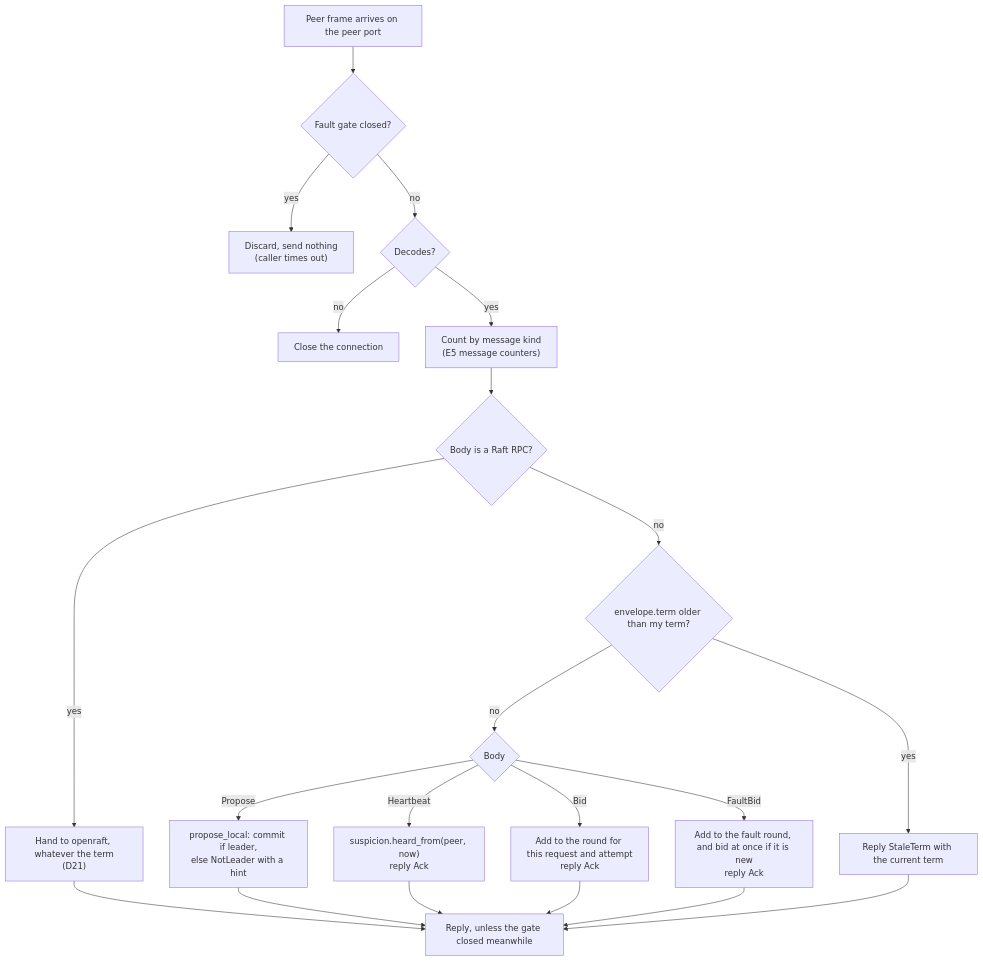
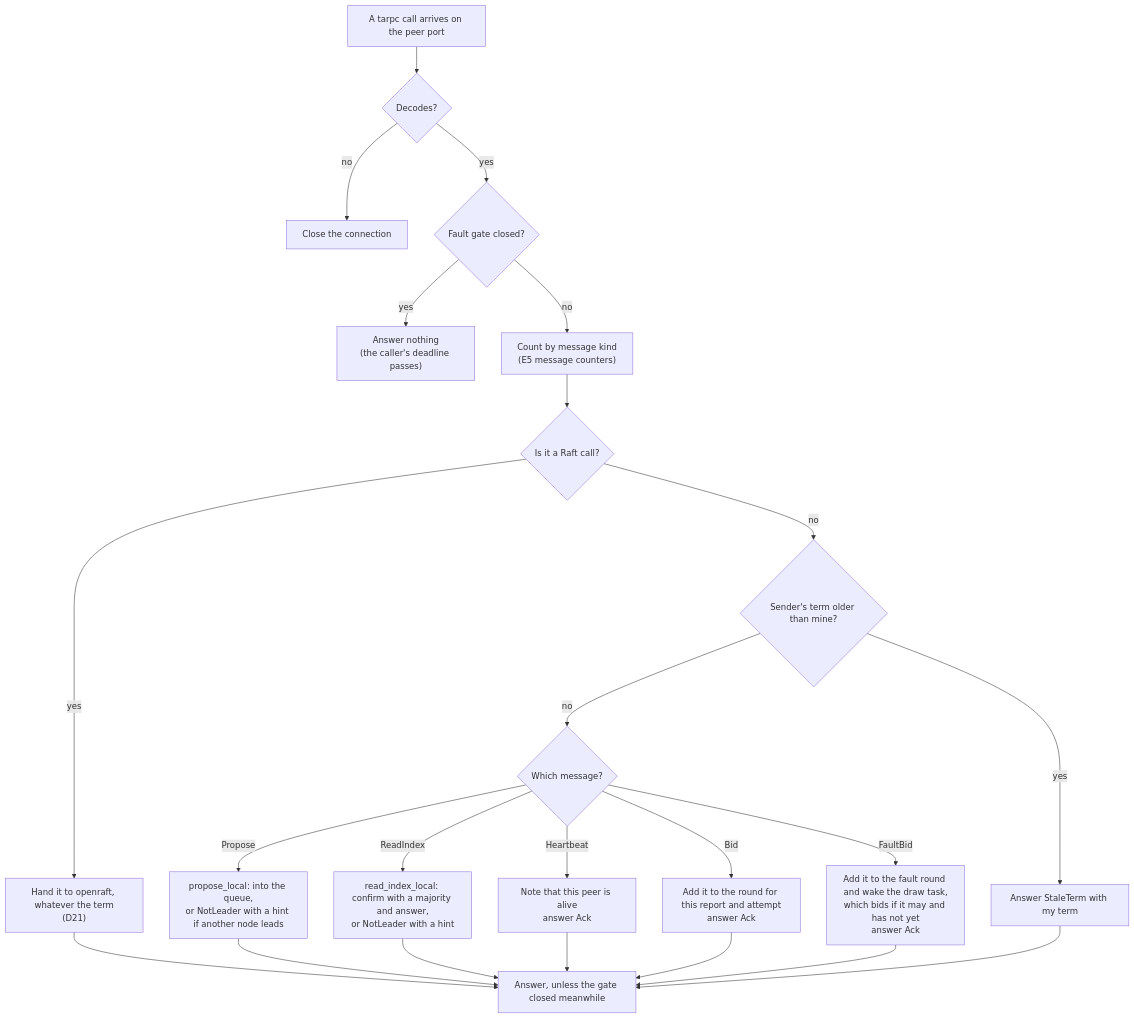
Before and after one commit to noortaytoy1/DistributedSystems: the tenth of 48 diagrams in docs/architecture.md, drawn with Mermaid. The commit also changed other lines of this file and 2 other files, not shown here.

First line of the commit message:
Apply the diagram review to the architecture docs (D231)

````diff
--- a/docs/architecture.md
+++ b/docs/architecture.md
@@ -583,23 +645,25 @@
 ```mermaid
 flowchart TD
-    IN["Peer frame arrives on the peer port"] --> G{"Fault gate closed?"}
-    G -->|"yes"| DROP["Discard, send nothing<br/>(caller times out)"]
-    G -->|"no"| DEC{"Decodes?"}
+    IN["A tarpc call arrives on the peer port"] --> DEC{"Decodes?"}
     DEC -->|"no"| CLOSE["Close the connection"]
-    DEC -->|"yes"| COUNT["Count by message kind<br/>(E5 message counters)"]
-    COUNT --> RAFTQ{"Body is a Raft RPC?"}
-    RAFTQ -->|"yes"| OR["Hand to openraft, whatever the term<br/>(D21)"]
-    RAFTQ -->|"no"| TERM{"envelope.term older than my term?"}
-    TERM -->|"yes"| STALE["Reply StaleTerm with the current term"]
-    TERM -->|"no"| KIND{"Body"}
-    KIND -->|"Propose"| PL["propose_local: commit if leader,<br/>else NotLeader with a hint"]
-    KIND -->|"Heartbeat"| HB["suspicion.heard_from(peer, now)<br/>reply Ack"]
-    KIND -->|"Bid"| BID["Add to the round for this request and attempt<br/>reply Ack"]
-    KIND -->|"FaultBid"| FB["Add to the fault round, and bid at once if it is new<br/>reply Ack"]
-    OR --> REPLY["Reply, unless the gate closed meanwhile"]
+    DEC -->|"yes"| G{"Fault gate closed?"}
+    G -->|"yes"| DROP["Answer nothing<br/>(the caller's deadline passes)"]
+    G -->|"no"| COUNT["Count by message kind<br/>(E5 message counters)"]
+    COUNT --> RAFTQ{"Is it a Raft call?"}
+    RAFTQ -->|"yes"| OR["Hand it to openraft, whatever the term<br/>(D21)"]
+    RAFTQ -->|"no"| TERM{"Sender's term older than mine?"}
+    TERM -->|"yes"| STALE["Answer StaleTerm with my term"]
+    TERM -->|"no"| KIND{"Which message?"}
+    KIND -->|"Propose"| PL["propose_local: into the queue,<br/>or NotLeader with a hint if another node leads"]
+    KIND -->|"ReadIndex"| RI["read_index_local: confirm with a majority and answer,<br/>or NotLeader with a hint"]
+    KIND -->|"Heartbeat"| HB["Note that this peer is alive<br/>answer Ack"]
+    KIND -->|"Bid"| BID["Add it to the round for this report and attempt<br/>answer Ack"]
+    KIND -->|"FaultBid"| FB["Add it to the fault round and wake the draw task,<br/>which bids if it may and has not yet<br/>answer Ack"]
+    OR --> REPLY["Answer, unless the gate closed meanwhile"]
     PL --> REPLY
+    RI --> REPLY
     HB --> REPLY
     BID --> REPLY
     FB --> REPLY
     STALE --> REPLY
 ```
````
